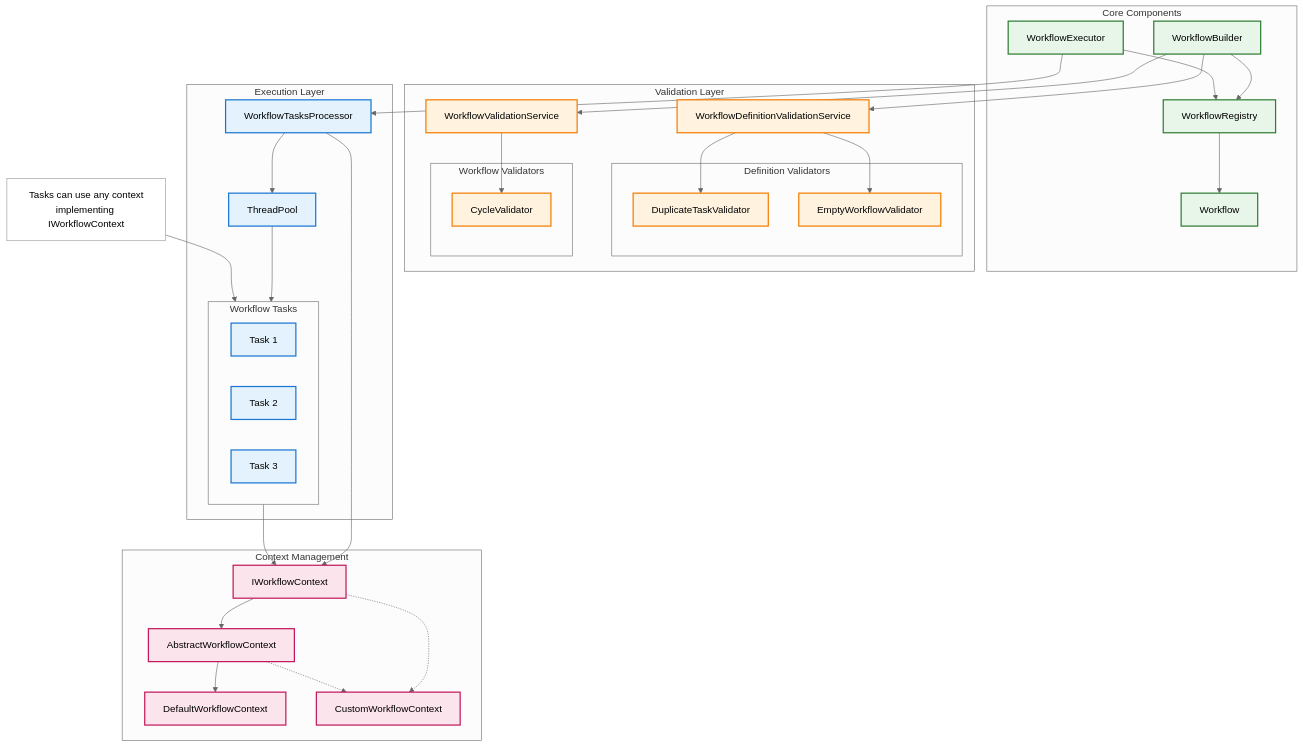
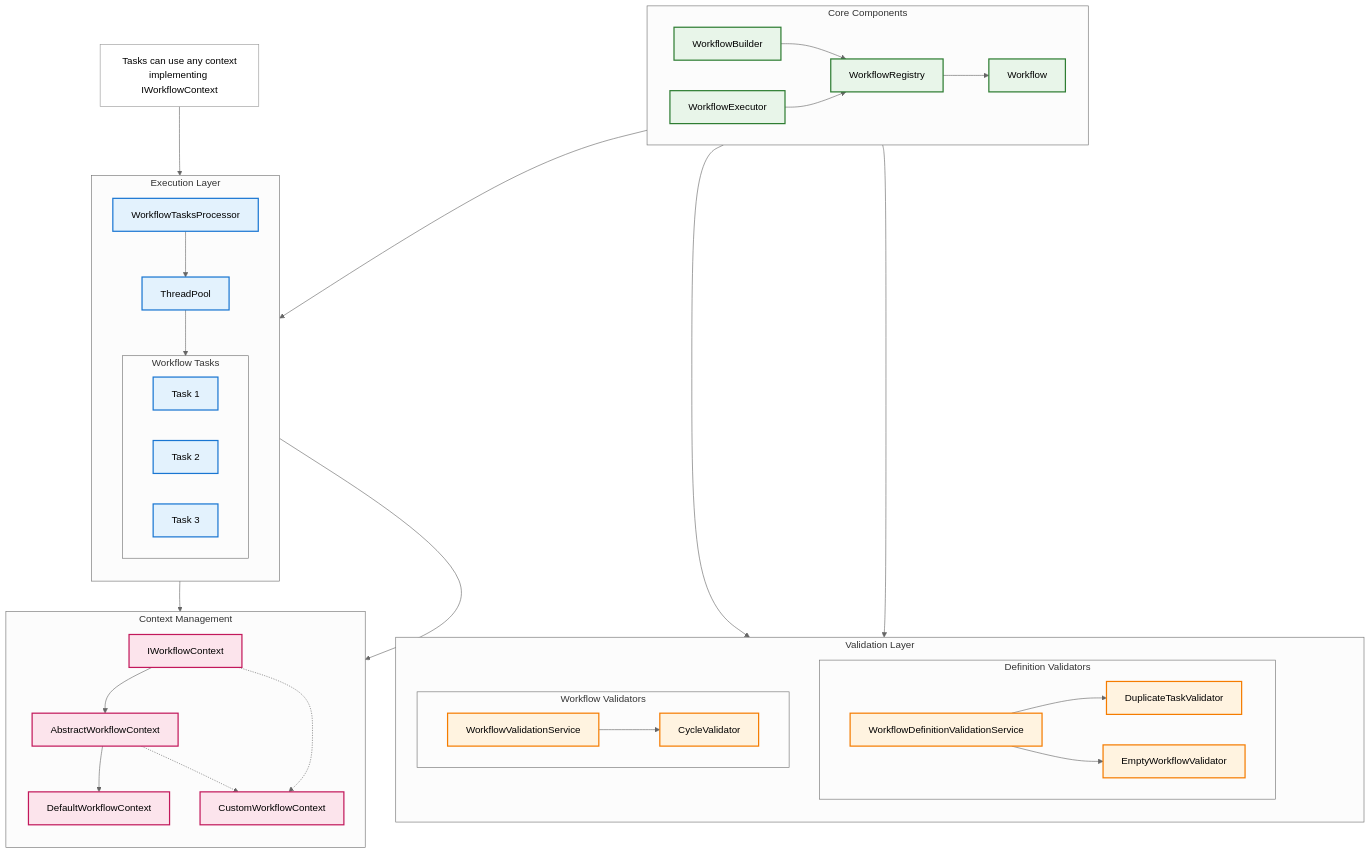
The first of 4 diagrams in README.md (pyenoma/workflow-library), drawn with Mermaid (neutral theme) before and after one commit.

Commit message:
improve system architecture diagram by reorganising components and arrows

````diff
--- a/README.md
+++ b/README.md
@@ -27,9 +27,11 @@
    classDef execution fill:#e3f2fd,stroke:#1976d2,stroke-width:2px
    classDef validation fill:#fff3e0,stroke:#f57c00,stroke-width:2px
    classDef context fill:#fce4ec,stroke:#c2185b,stroke-width:2px
+   classDef note fill:#fff,stroke:#999,stroke-width:1px
 
 %% Core Components
    subgraph CoreComponents["Core Components"]
+      direction LR
       WE[WorkflowExecutor]
       WB[WorkflowBuilder]
       WR[WorkflowRegistry]
@@ -41,67 +43,76 @@
    end
 
 %% Validation Layer
-   subgraph ValidationLayer["Validation Layer"]
-      WDVS[WorkflowDefinitionValidationService]
-      subgraph DefinitionValidators["Definition Validators"]
-         DV1[DuplicateTaskValidator]
-         DV2[EmptyWorkflowValidator]
-      end
+subgraph ValidationLayer["Validation Layer"]
+direction TB
 
-      WVS[WorkflowValidationService]
-      subgraph WorkflowValidators["Workflow Validators"]
-         CV[CycleValidator]
-      end
+subgraph DefinitionValidators["Definition Validators"]
+direction LR
+WDVS[WorkflowDefinitionValidationService]
+DV1[DuplicateTaskValidator]
+DV2[EmptyWorkflowValidator]
+WDVS --> DV1
+WDVS --> DV2
+end
 
-      WDVS --> DV1 & DV2
-      WVS --> CV
-      WB --> WDVS
-      WB --> WVS
-   end
+ValidatorSpace[ ]
+
+subgraph WorkflowValidators["Workflow Validators"]
+direction LR
+WVS[WorkflowValidationService]
+CV[CycleValidator]
+WVS --> CV
+end
+end
+
+%% Context Management
+subgraph ContextLayer["Context Management"]
+direction TB
+IWC[IWorkflowContext]
+AWC[AbstractWorkflowContext]
+DWC[DefaultWorkflowContext]
+CWC[CustomWorkflowContext]
+
+IWC --> AWC
+AWC --> DWC
+IWC -.-> CWC
+AWC -.-> CWC
+end
 
 %% Execution Layer
-   subgraph ExecutionLayer["Execution Layer"]
-      WTP[WorkflowTasksProcessor]
-      TP[ThreadPool]
+subgraph ExecutionLayer["Execution Layer"]
+direction TB
+WTP[WorkflowTasksProcessor]
+TP[ThreadPool]
 
-      subgraph Tasks["Workflow Tasks"]
-         T1[Task 1]
-         T2[Task 2]
-         T3[Task 3]
-      end
+subgraph Tasks["Workflow Tasks"]
+direction LR
+T1[Task 1]
+T2[Task 2]
+T3[Task 3]
+end
 
-      WTP --> TP
-      TP --> Tasks
-   end
+WTP --> TP
+TP --> Tasks
+end
 
-%% Context Management
-   subgraph ContextLayer["Context Management"]
-      IWC[IWorkflowContext]
-      AWC[AbstractWorkflowContext]
-      DWC[DefaultWorkflowContext]
-      CWC[CustomWorkflowContext]
+%% Cross-layer connections - Removed redundant arrow
+WB ---> WDVS
+WB ---> WVS
+WE --> WTP
+Tasks --> IWC
+WTP --> IWC
 
-      IWC --> AWC
-      AWC --> DWC
-      IWC -.-> CWC
-      AWC -.-> CWC
-   end
-
-%% Cross-layer connections
-   WE --> WTP
-   Tasks --> IWC
-   WTP --> IWC
+%% Add notes
+Note1[Tasks can use any context<br>implementing IWorkflowContext]
+Note1 --> Tasks
 
 %% Apply styles
-   class WE,WB,WR,W core
-   class WTP,TP,T1,T2,T3 execution
-   class WVS,WDVS,CV,DV1,DV2 validation
-   class IWC,AWC,DWC,CWC context
-
-%% Add notes
-   classDef note fill:#fff,stroke:#999,stroke-width:1px
-
-   Note1[Tasks can use any context<br>implementing IWorkflowContext]
-   Note1 --> Tasks
-   class Note1 note
+class WE,WB,WR,W core
+class WTP,TP,T1,T2,T3 execution
+class WVS,WDVS,CV,DV1,DV2 validation
+class IWC,AWC,DWC,CWC context
+class Note1 note
+class ValidatorSpace note
+style ValidatorSpace fill:none,stroke:none
 ```   
````
